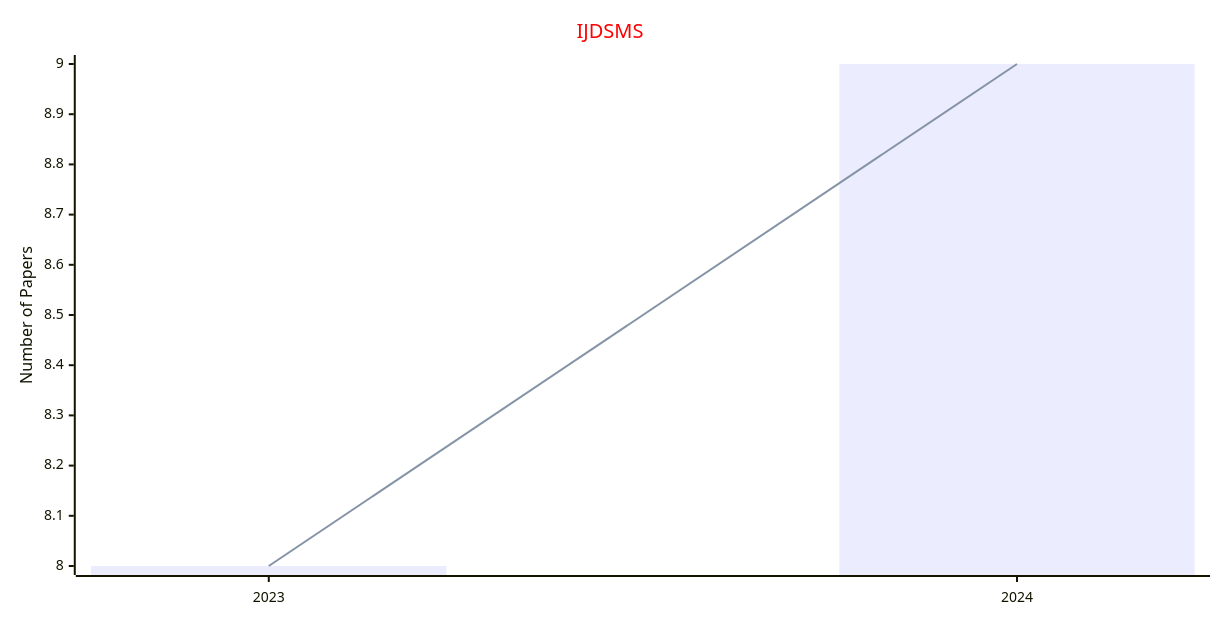
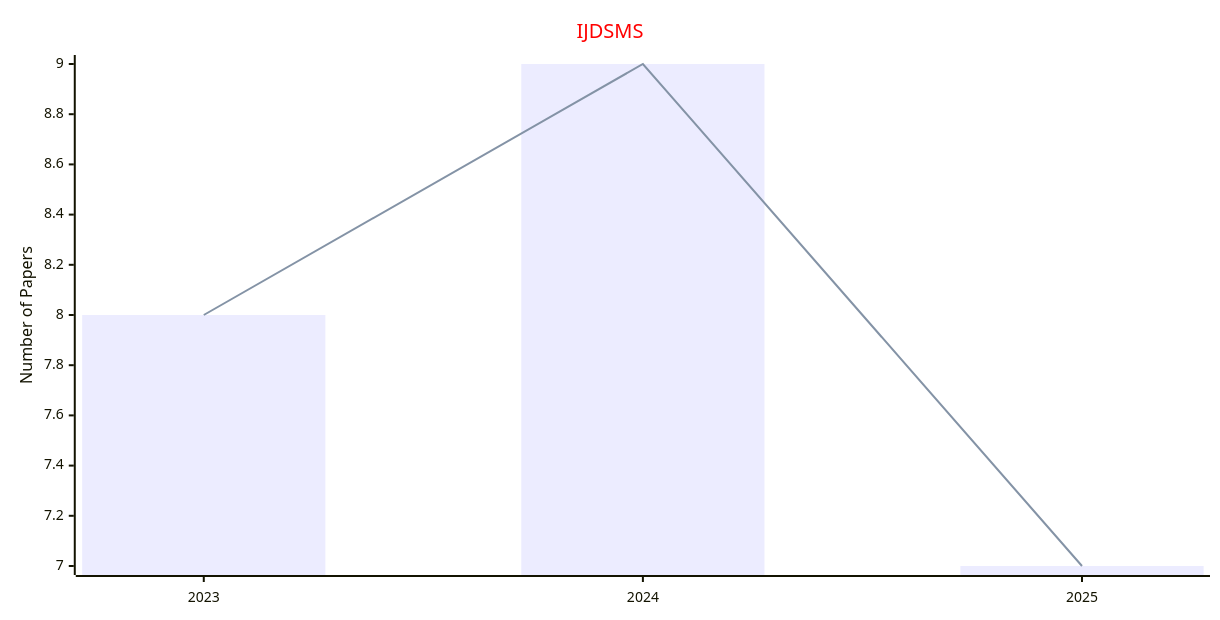
One commit to Easy-PhD/AILinks changed the second of 2 diagrams in docs/data/Journals/Statistics_Journals/Data_Science.md. Above: the diagram before and after it, drawn with Mermaid. The commit also changed other lines of this file and 93 other files, not shown here.

````diff
--- a/docs/data/Journals/Statistics_Journals/Data_Science.md
+++ b/docs/data/Journals/Statistics_Journals/Data_Science.md
@@ -33,17 +33,17 @@
 ```mermaid
 ---
 config:
     xyChart:
         width: 1200
         height: 600
     themeVariables:
         xyChart:
             titleColor: "#ff0000"
 ---
 xychart-beta
     title "IJDSMS"
-    x-axis [2023, 2024]
+    x-axis [2023, 2024, 2025]
     y-axis "Number of Papers"
-    bar [8, 9]
-    line [8, 9]
+    bar [8, 9, 7]
+    line [8, 9, 7]
 ```
````
